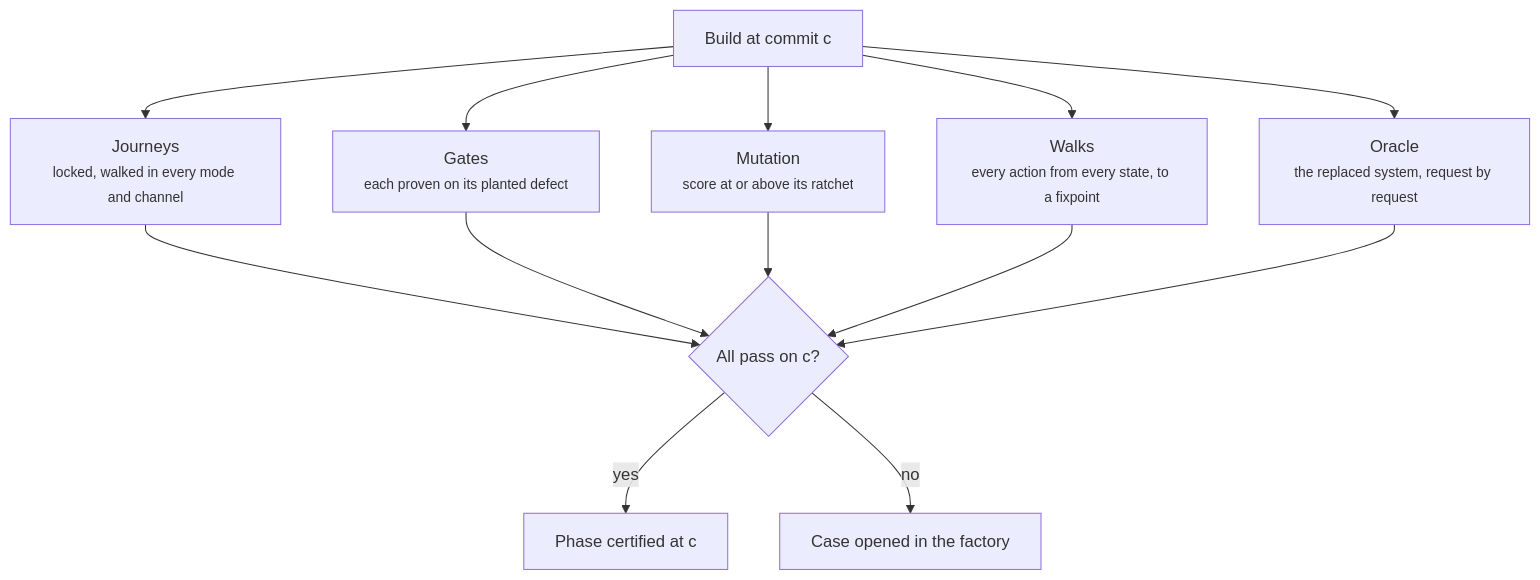
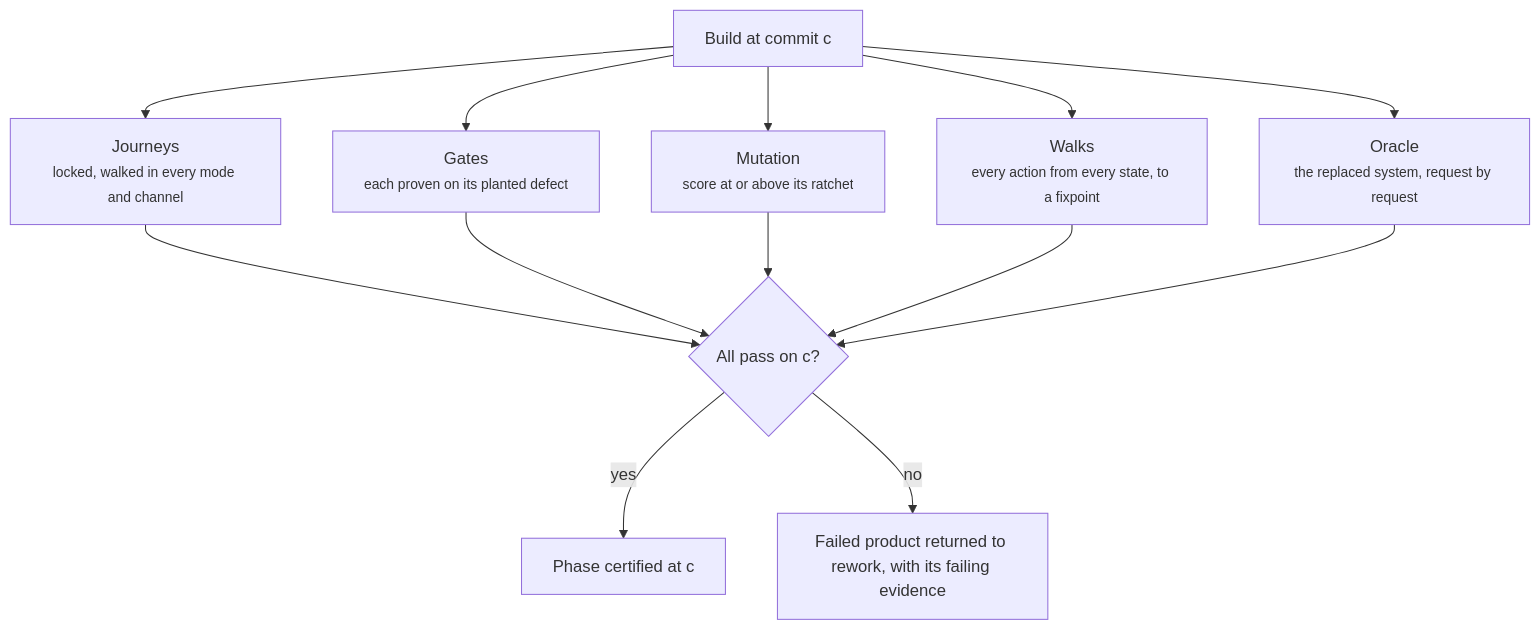
One commit to russlittle/ZTHR changed the second of 5 diagrams in intent/papers/qa.md. Above: the diagram before and after it, drawn with Mermaid. The commit also changed other lines of this file and 13 other files, not shown here.

````diff
--- a/intent/papers/qa.md
+++ b/intent/papers/qa.md
@@ -22,11 +44,11 @@
 ```mermaid
 flowchart TB
   B[Build at commit c] --> J[Journeys<br/><small>locked, walked in every mode and channel</small>]
   B --> G[Gates<br/><small>each proven on its planted defect</small>]
   B --> MU[Mutation<br/><small>score at or above its ratchet</small>]
   B --> W[Walks<br/><small>every action from every state, to a fixpoint</small>]
   B --> O[Oracle<br/><small>the replaced system, request by request</small>]
   J & G & MU & W & O --> CERT{All pass on c?}
   CERT -- yes --> P[Phase certified at c]
-  CERT -- no --> CASE[Case opened in the factory]
+  CERT -- no --> CASE[Failed product returned to rework, with its failing evidence]
 ```
````
